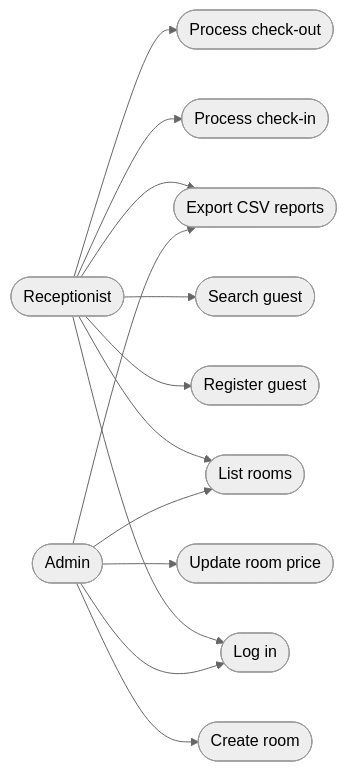
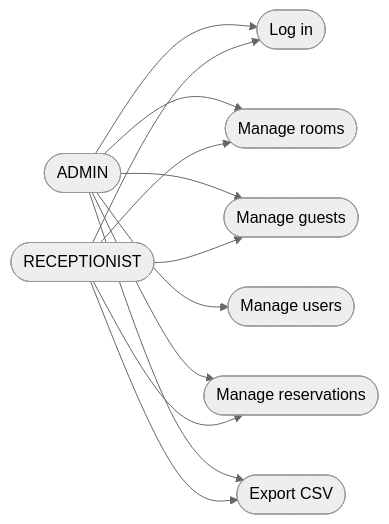
One commit to camilo-villada/Modulo5_Java_Riwi changed the second of 2 diagrams in README.md. Above: the diagram before and after it, drawn with Mermaid (neutral theme). The commit also changed other lines of this file and 70 other files, not shown here.

````diff
--- a/README.md
+++ b/README.md
@@ -171,29 +204,25 @@
 ```mermaid
 flowchart LR
-    Receptionist([Receptionist])
-    Admin([Admin])
+    Admin([ADMIN])
+    Recep([RECEPTIONIST])
 
-    UC1([Log in])
-    UC2([Register guest])
-    UC3([Search guest])
-    UC4([List rooms])
-    UC5([Create room])
-    UC6([Update room price])
-    UC7([Process check-in])
-    UC8([Process check-out])
-    UC9([Export CSV reports])
+    Login([Log in])
+    Rooms([Manage rooms])
+    Guests([Manage guests])
+    Users([Manage users])
+    Reservations([Manage reservations])
+    Exports([Export CSV])
 
-    Receptionist --> UC1
-    Receptionist --> UC2
-    Receptionist --> UC3
-    Receptionist --> UC4
-    Receptionist --> UC7
-    Receptionist --> UC8
-    Receptionist --> UC9
+    Admin --> Login
+    Admin --> Rooms
+    Admin --> Guests
+    Admin --> Users
+    Admin --> Reservations
+    Admin --> Exports
 
-    Admin --> UC1
-    Admin --> UC4
-    Admin --> UC5
-    Admin --> UC6
-    Admin --> UC9
+    Recep --> Login
+    Recep --> Rooms
+    Recep --> Guests
+    Recep --> Reservations
+    Recep --> Exports
 ```
````
